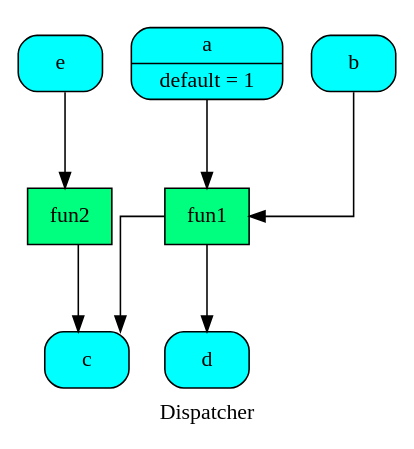
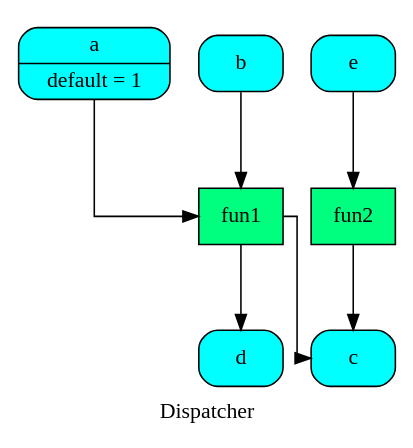
One commit to vinci1it2000/schedula changed the diagram in doc/source/dispatcher/__init__/get_sub_dsp_from_workflow/dsp.dot. Above: the diagram before and after it, drawn with Graphviz. The commit also changed 127 other files, not shown here.

```diff
--- a/doc/source/dispatcher/__init__/get_sub_dsp_from_workflow/dsp.dot
+++ b/doc/source/dispatcher/__init__/get_sub_dsp_from_workflow/dsp.dot
@@ -1,19 +1,19 @@
 digraph Dispatcher {
 	graph [ratio=1]
 	node [style=filled]
+	splines = ortho
 	label = "Dispatcher"
-	splines = ortho
-		Dispatcher_4028652557604299651 [label="{ d  }" fillcolor=cyan shape=Mrecord]
-		"Dispatcher_-6116169728861687157" [label="{ e  }" fillcolor=cyan shape=Mrecord]
-		"Dispatcher_-6219333133727501803" [label="{ fun2  }" fillcolor=springgreen shape=record]
-		"Dispatcher_-1739731674132073175" [label="{ c  }" fillcolor=cyan shape=Mrecord]
-		"Dispatcher_-8503278920192876870" [label="{ a | default = 1 }" fillcolor=cyan shape=Mrecord]
-		"Dispatcher_-3117625956851900853" [label="{ b  }" fillcolor=cyan shape=Mrecord]
-		Dispatcher_3621108375693654285 [label="{ fun1  }" fillcolor=springgreen shape=record]
-			"Dispatcher_-6116169728861687157" -> "Dispatcher_-6219333133727501803"
-			"Dispatcher_-6219333133727501803" -> "Dispatcher_-1739731674132073175"
-			"Dispatcher_-8503278920192876870" -> Dispatcher_3621108375693654285
-			"Dispatcher_-3117625956851900853" -> Dispatcher_3621108375693654285
-			Dispatcher_3621108375693654285 -> "Dispatcher_-1739731674132073175"
-			Dispatcher_3621108375693654285 -> Dispatcher_4028652557604299651
+		Dispatcher_1674253456152474721 [label="{ a | default = 1 }" fillcolor=cyan shape=Mrecord]
+		Dispatcher_4565917451832910932 [label="{ fun2  }" fillcolor=springgreen shape=record]
+		Dispatcher_4736239098108350630 [label="{ c  }" fillcolor=cyan shape=Mrecord]
+		"Dispatcher_-7267449039456070329" [label="{ fun1  }" fillcolor=springgreen shape=record]
+		"Dispatcher_-6274141345031817014" [label="{ b  }" fillcolor=cyan shape=Mrecord]
+		"Dispatcher_-6328780589348846534" [label="{ e  }" fillcolor=cyan shape=Mrecord]
+		"Dispatcher_-6575553139397358114" [label="{ d  }" fillcolor=cyan shape=Mrecord]
+			Dispatcher_1674253456152474721 -> "Dispatcher_-7267449039456070329"
+			Dispatcher_4565917451832910932 -> Dispatcher_4736239098108350630
+			"Dispatcher_-7267449039456070329" -> "Dispatcher_-6575553139397358114"
+			"Dispatcher_-7267449039456070329" -> Dispatcher_4736239098108350630
+			"Dispatcher_-6274141345031817014" -> "Dispatcher_-7267449039456070329"
+			"Dispatcher_-6328780589348846534" -> Dispatcher_4565917451832910932
 }
```
